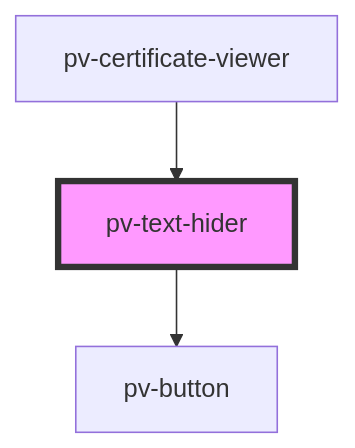
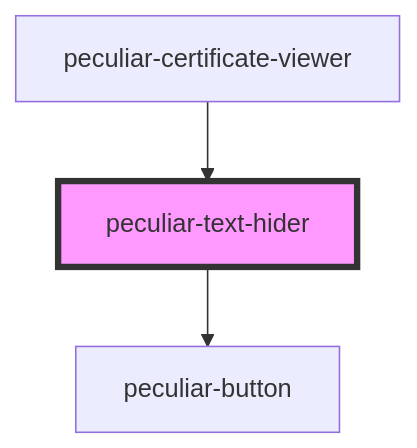
One commit to PeculiarVentures/pv-certificates-viewer changed the diagram in src/components/text-hider/readme.md. Above: the diagram before and after it, drawn with Mermaid. The commit also changed other lines of this file and 55 other files, not shown here.

````diff
--- a/src/components/text-hider/readme.md
+++ b/src/components/text-hider/readme.md
@@ -33,6 +33,6 @@
 ```mermaid
 graph TD;
-  pv-text-hider --> pv-button
-  pv-certificate-viewer --> pv-text-hider
-  style pv-text-hider fill:#f9f,stroke:#333,stroke-width:4px
+  peculiar-text-hider --> peculiar-button
+  peculiar-certificate-viewer --> peculiar-text-hider
+  style peculiar-text-hider fill:#f9f,stroke:#333,stroke-width:4px
 ```
````
